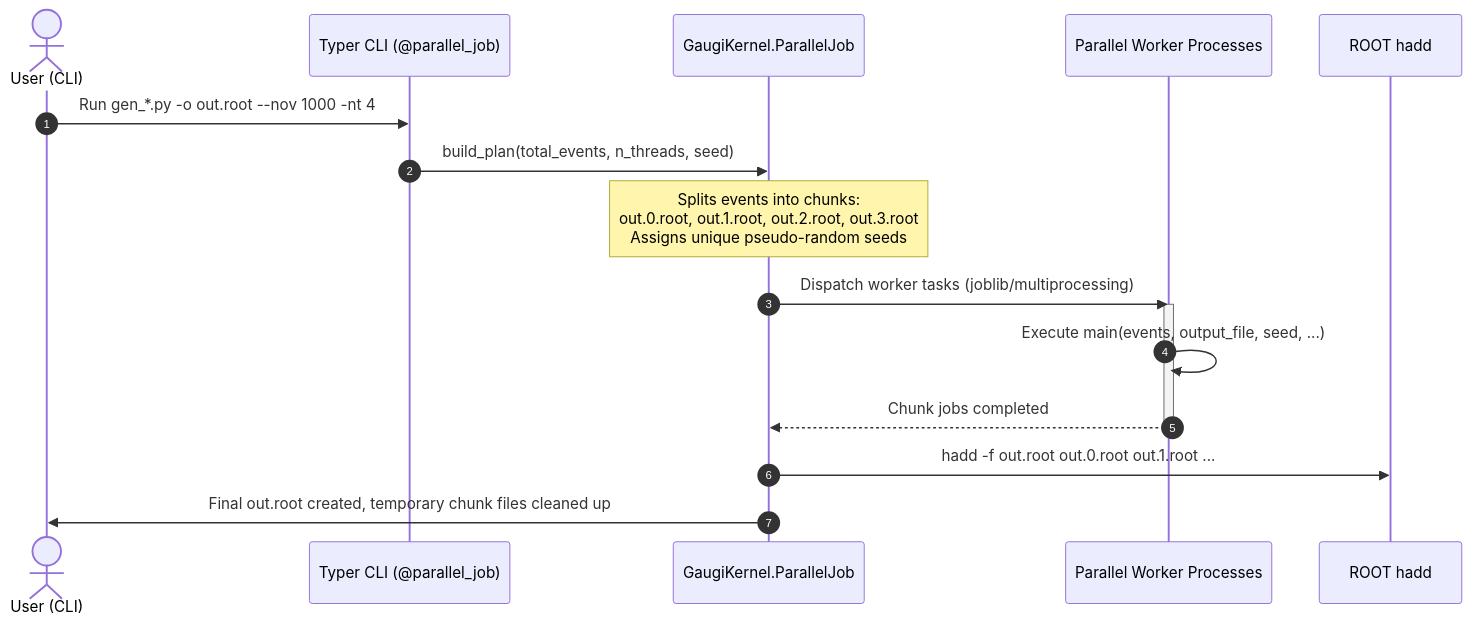
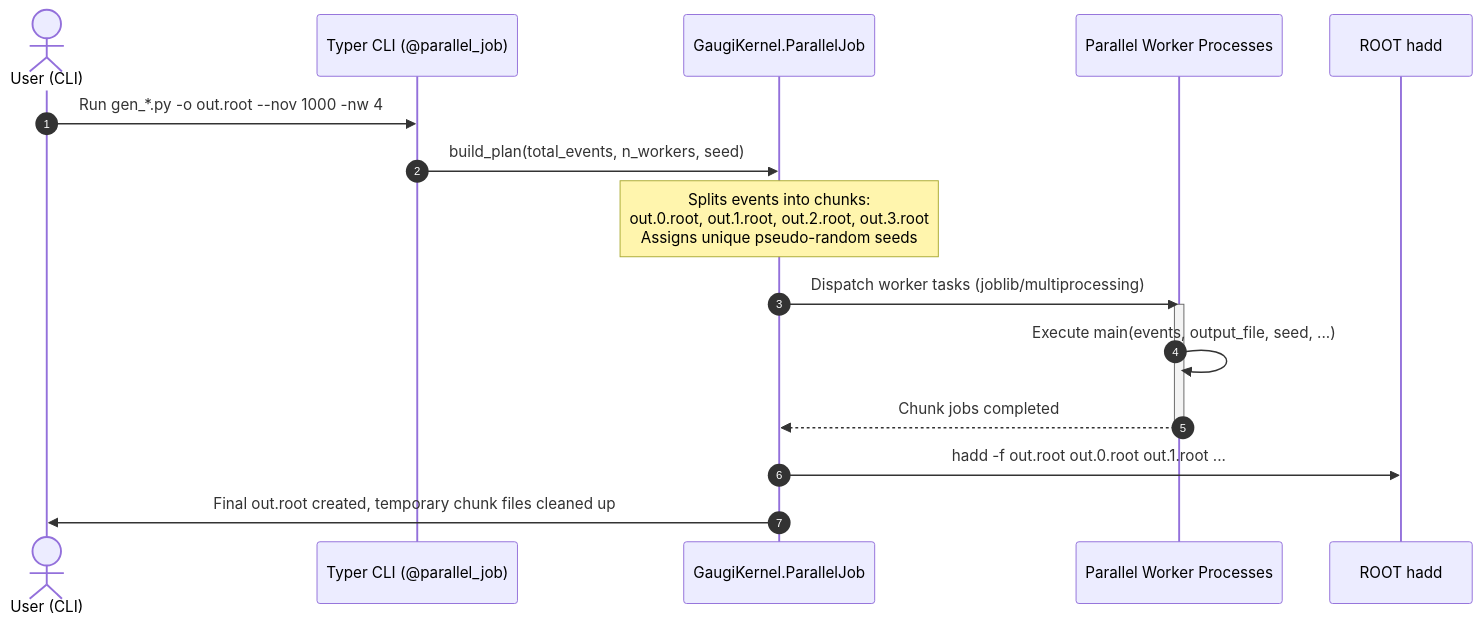
The second of 2 diagrams in generator/filters/README.md (lordhsdw999-a11y/lorenzetti), drawn with Mermaid before and after one commit. The commit also changed other lines of this file and 4 other files, not shown here.

````diff
--- a/generator/filters/README.md
+++ b/generator/filters/README.md
@@ -49,20 +49,20 @@
 ```mermaid
 sequenceDiagram
     autonumber
     actor User as User (CLI)
     participant TyperCLI as Typer CLI (@parallel_job)
     participant ParallelJob as GaugiKernel.ParallelJob
     participant Workers as Parallel Worker Processes
     participant Hadd as ROOT hadd
 
-    User->>TyperCLI: Run gen_*.py -o out.root --nov 1000 -nt 4
-    TyperCLI->>ParallelJob: build_plan(total_events, n_threads, seed)
+    User->>TyperCLI: Run gen_*.py -o out.root --nov 1000 -nw 4
+    TyperCLI->>ParallelJob: build_plan(total_events, n_workers, seed)
     Note over ParallelJob: Splits events into chunks:<br/>out.0.root, out.1.root, out.2.root, out.3.root<br/>Assigns unique pseudo-random seeds
     ParallelJob->>Workers: Dispatch worker tasks (joblib/multiprocessing)
     activate Workers
     Workers->>Workers: Execute main(events, output_file, seed, ...)
     Workers-->>ParallelJob: Chunk jobs completed
     deactivate Workers
     ParallelJob->>Hadd: hadd -f out.root out.0.root out.1.root ...
     ParallelJob->>User: Final out.root created, temporary chunk files cleaned up
 ```
````
